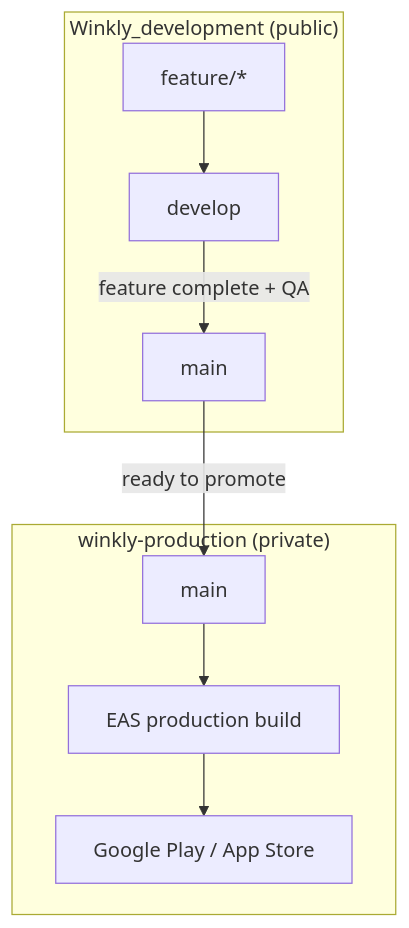
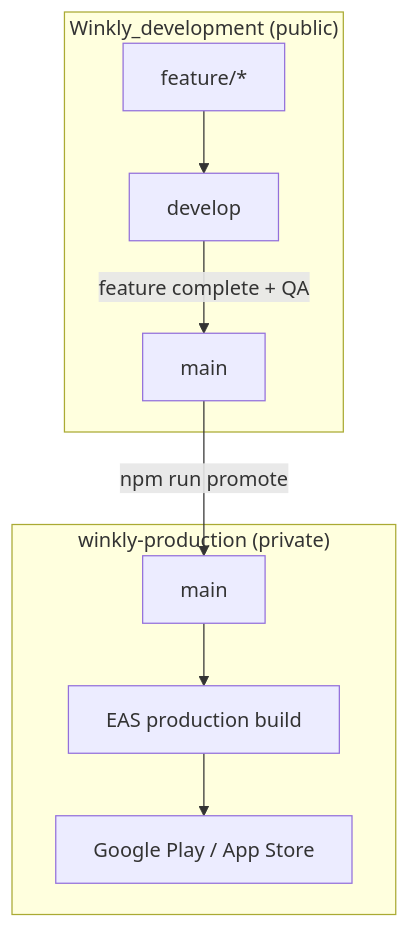
Before and after one commit to mywinkly-cell/Winkly_development: the first of 2 diagrams in docs/BRANCHING.md, drawn with Mermaid. The commit also changed other lines of this file and 7 other files, not shown here.

First line of the commit message:
Add promote script to force-push development main to winkly-production.

````diff
--- a/docs/BRANCHING.md
+++ b/docs/BRANCHING.md
@@ -23,12 +23,12 @@
 ```mermaid
 flowchart TD
   subgraph dev ["Winkly_development (public)"]
     F[feature/*] --> D[develop]
     D -->|feature complete + QA| M[main]
   end
   subgraph release ["winkly-production (private)"]
-    M -->|ready to promote| RP[main]
+    M -->|npm run promote| RP[main]
     RP --> EAS[EAS production build]
     EAS --> Play[Google Play / App Store]
   end
 ```
````
